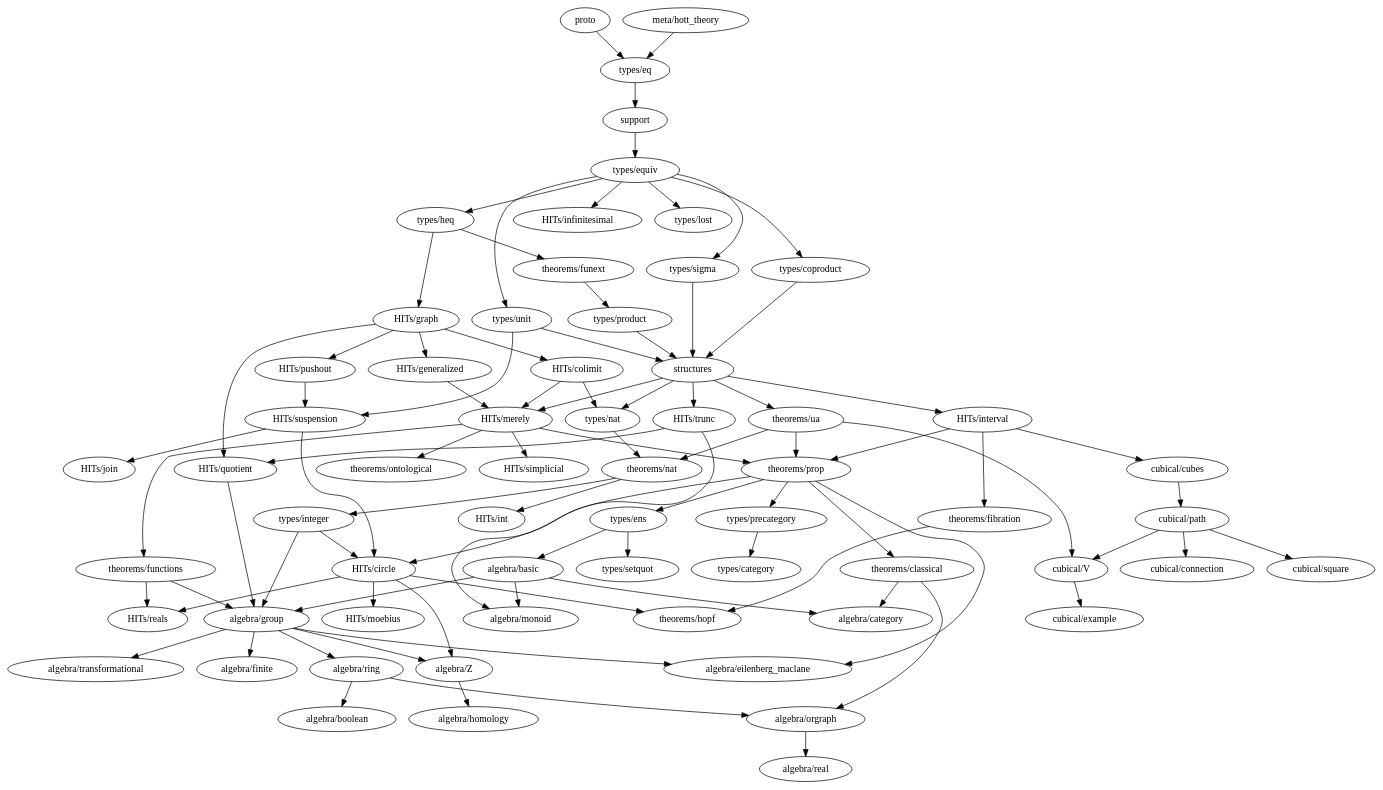
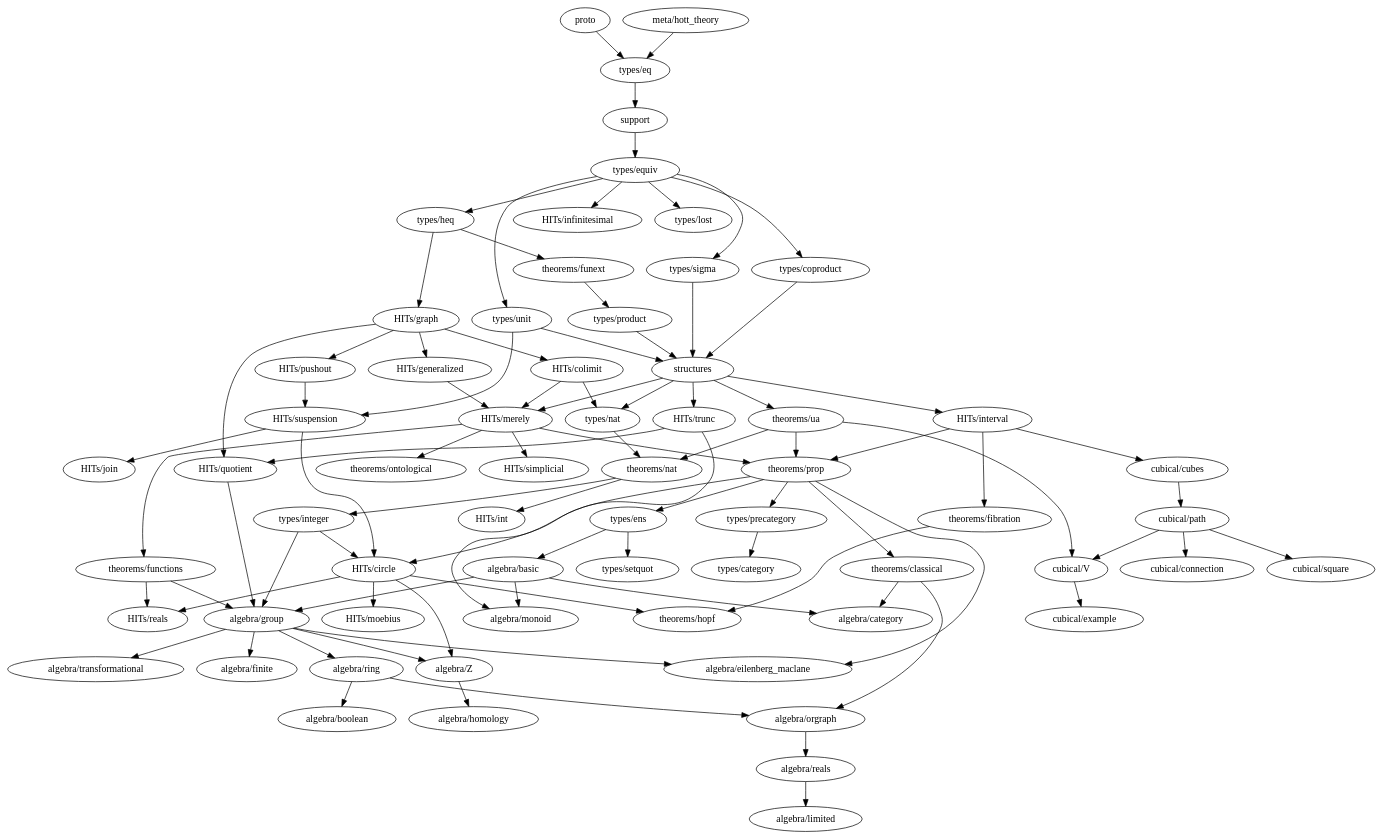
One commit to forked-from-1kasper/ground_zero changed the diagram in dependency-map.gv. Above: the diagram before and after it, drawn with Graphviz. The commit also changed 3 other files, not shown here.

```diff
--- a/dependency-map.gv
+++ b/dependency-map.gv
@@ -1,137 +1,138 @@
 digraph dependency_map {
   proto -> "types/eq"
   "meta/hott_theory" -> "types/eq"
   support -> "types/equiv"
   structures -> {
     "HITs/interval",
     "HITs/merely",
     "HITs/trunc",
     "types/nat",
     "theorems/ua"
   }
 
   subgraph algebra {
     "algebra/basic" -> { "algebra/category", "algebra/monoid", "algebra/group" }
     "algebra/boolean"
     "algebra/category"
     "algebra/eilenberg_maclane"
     "algebra/finite"
     "algebra/group" -> {
       "algebra/eilenberg_maclane",
       "algebra/finite",
       "algebra/ring",
       "algebra/transformational",
       "algebra/Z"
     }
     "algebra/homology"
+    "algebra/limited"
     "algebra/monoid"
-    "algebra/orgraph" -> { "algebra/real" }
-    "algebra/real"
+    "algebra/orgraph" -> { "algebra/reals" }
+    "algebra/reals" -> { "algebra/limited" }
     "algebra/ring" -> { "algebra/boolean", "algebra/orgraph" }
     "algebra/transformational"
     "algebra/Z" -> { "algebra/homology" }
   }
 
   subgraph types {
     "types/category"
     "types/coproduct" -> { structures }
     "types/eq" -> { support }
     "types/ens" -> { "algebra/basic", "types/setquot" }
     "types/equiv" -> {
       "types/heq",
       "HITs/infinitesimal",
       "types/coproduct",
       "types/lost",
       "types/unit",
       "types/sigma"
     }
     "types/heq" -> {
       "HITs/graph", "theorems/funext"
     }
     "types/integer" -> {
       "algebra/group",
       "HITs/circle"
     }
     "types/lost"
     "types/nat" -> { "theorems/nat" }
     "types/precategory" -> { "types/category" }
     "types/product" -> { structures }
     "types/setquot"
     "types/sigma" -> { structures }
     "types/unit" -> { structures, "HITs/suspension" }
   }
 
   subgraph HITs {
     "HITs/circle" -> {
       "algebra/Z",
       "theorems/hopf",
       "HITs/moebius",
       "HITs/reals"
     }
     "HITs/colimit" -> { "HITs/merely", "types/nat" }
     "HITs/generalized" -> "HITs/merely"
     "HITs/graph" -> {
       "HITs/colimit",
       "HITs/generalized",
       "HITs/pushout",
       "HITs/quotient"
     }
     "HITs/infinitesimal"
     "HITs/interval" -> {
       "cubical/cubes",
       "theorems/prop",
       "theorems/fibration"
     }
     "HITs/join"
     "HITs/merely" -> {
       "theorems/ontological",
       "theorems/prop",
       "HITs/simplicial",
       "theorems/functions"
     }
     "HITs/moebius"
     "HITs/pushout" -> {
       "HITs/suspension"
     }
     "HITs/quotient" -> { "algebra/group" }
     "HITs/reals"
     "HITs/simplicial"
     "HITs/suspension" -> { "HITs/circle", "HITs/join" }
     "HITs/trunc" -> { "algebra/monoid", "HITs/quotient" }
   }
 
   subgraph cubical {
     "cubical/connection"
     "cubical/cubes" -> "cubical/path"
     "cubical/example"
     "cubical/path" -> {
       "cubical/square",
       "cubical/V",
       "cubical/connection"
     }
     "cubical/square"
     "cubical/V" -> { "cubical/example" }
   }
 
   subgraph theorems {
     "theorems/classical" -> { "algebra/category", "algebra/orgraph" }
     "theorems/fibration" -> { "theorems/hopf" }
     "theorems/functions" -> { "HITs/reals", "algebra/group" }
     "theorems/funext" -> { "types/product" }
     "theorems/hopf"
     "theorems/ontological"
     "theorems/nat" -> { "HITs/int", "types/integer" }
     "theorems/prop" -> {
       "algebra/eilenberg_maclane",
       "HITs/circle",
       "types/ens",
       "types/precategory",
       "theorems/classical"
     }
     "theorems/ua" -> {
       "theorems/nat",
       "theorems/prop",
       "cubical/V"
     }
   }
 }
```
